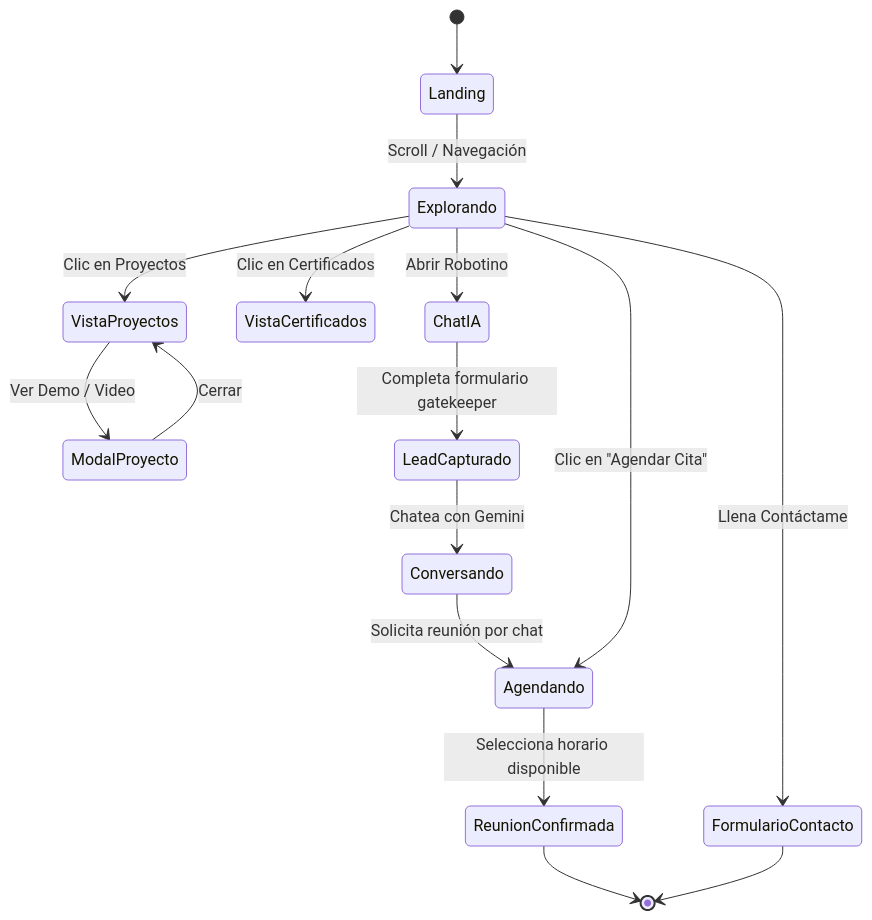
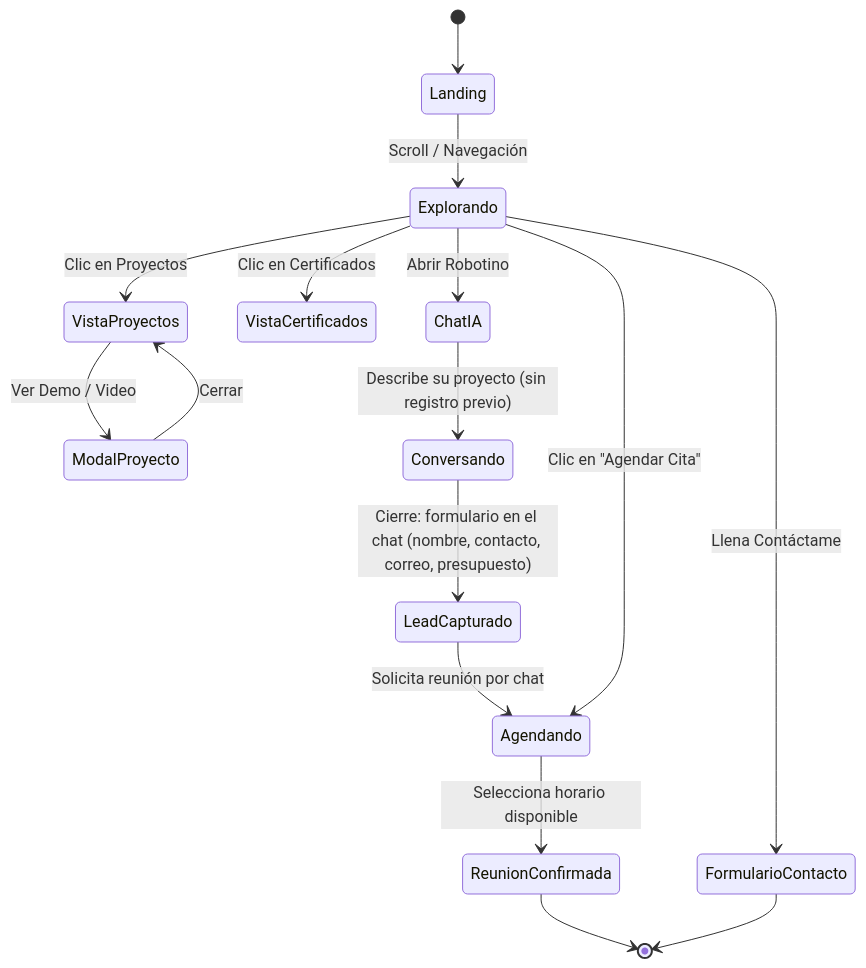
The second of 6 diagrams in README.md (LuisFCosteC/Portfolio_LFCC_V2), drawn with Mermaid before and after one commit. The commit also changed other lines of this file and 13 other files, not shown here.

First line of the commit message:
feat: proyecto AkinoAI, carrusel de proyectos, chat con captura de lead y mejoras de navegación

````diff
--- a/README.md
+++ b/README.md
@@ -103,18 +103,18 @@
 ```mermaid
 stateDiagram-v2
     [*] --> Landing
     Landing --> Explorando: Scroll / Navegación
     Explorando --> VistaProyectos: Clic en Proyectos
     VistaProyectos --> ModalProyecto: Ver Demo / Video
     ModalProyecto --> VistaProyectos: Cerrar
     Explorando --> VistaCertificados: Clic en Certificados
     Explorando --> ChatIA: Abrir Robotino
-    ChatIA --> LeadCapturado: Completa formulario gatekeeper
-    LeadCapturado --> Conversando: Chatea con Gemini
-    Conversando --> Agendando: Solicita reunión por chat
+    ChatIA --> Conversando: Describe su proyecto (sin registro previo)
+    Conversando --> LeadCapturado: Cierre: formulario en el chat (nombre, contacto, correo, presupuesto)
+    LeadCapturado --> Agendando: Solicita reunión por chat
     Explorando --> Agendando: Clic en "Agendar Cita"
     Agendando --> ReunionConfirmada: Selecciona horario disponible
     ReunionConfirmada --> [*]
     Explorando --> FormularioContacto: Llena Contáctame
     FormularioContacto --> [*]
 ```
````
